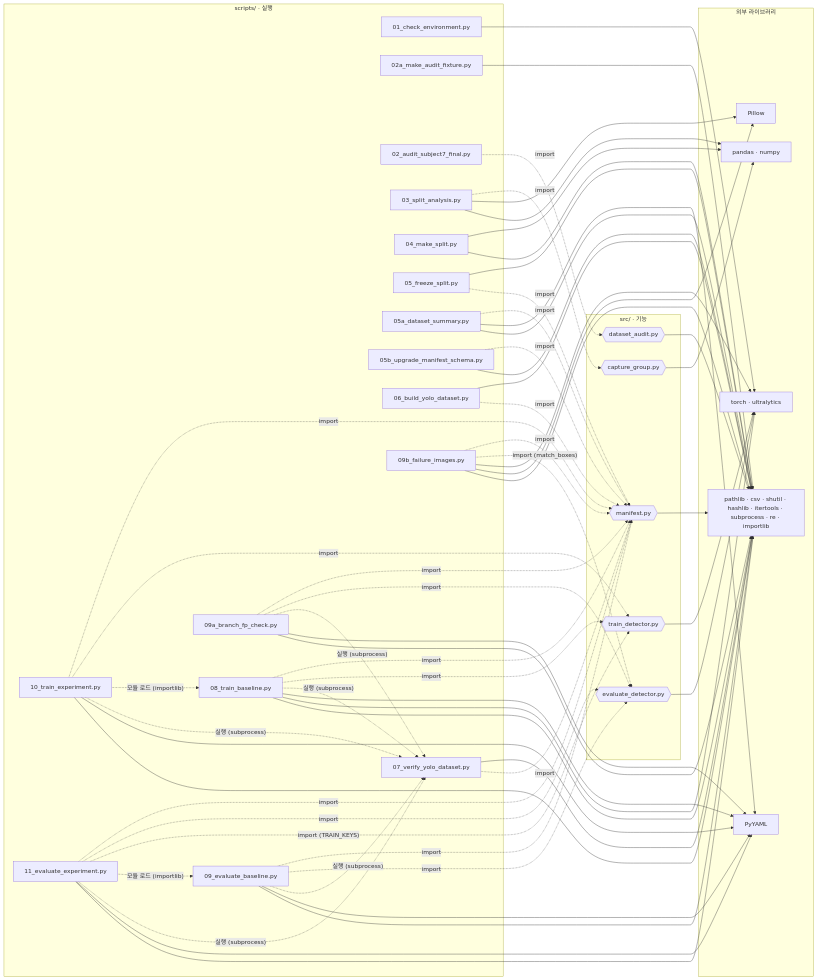
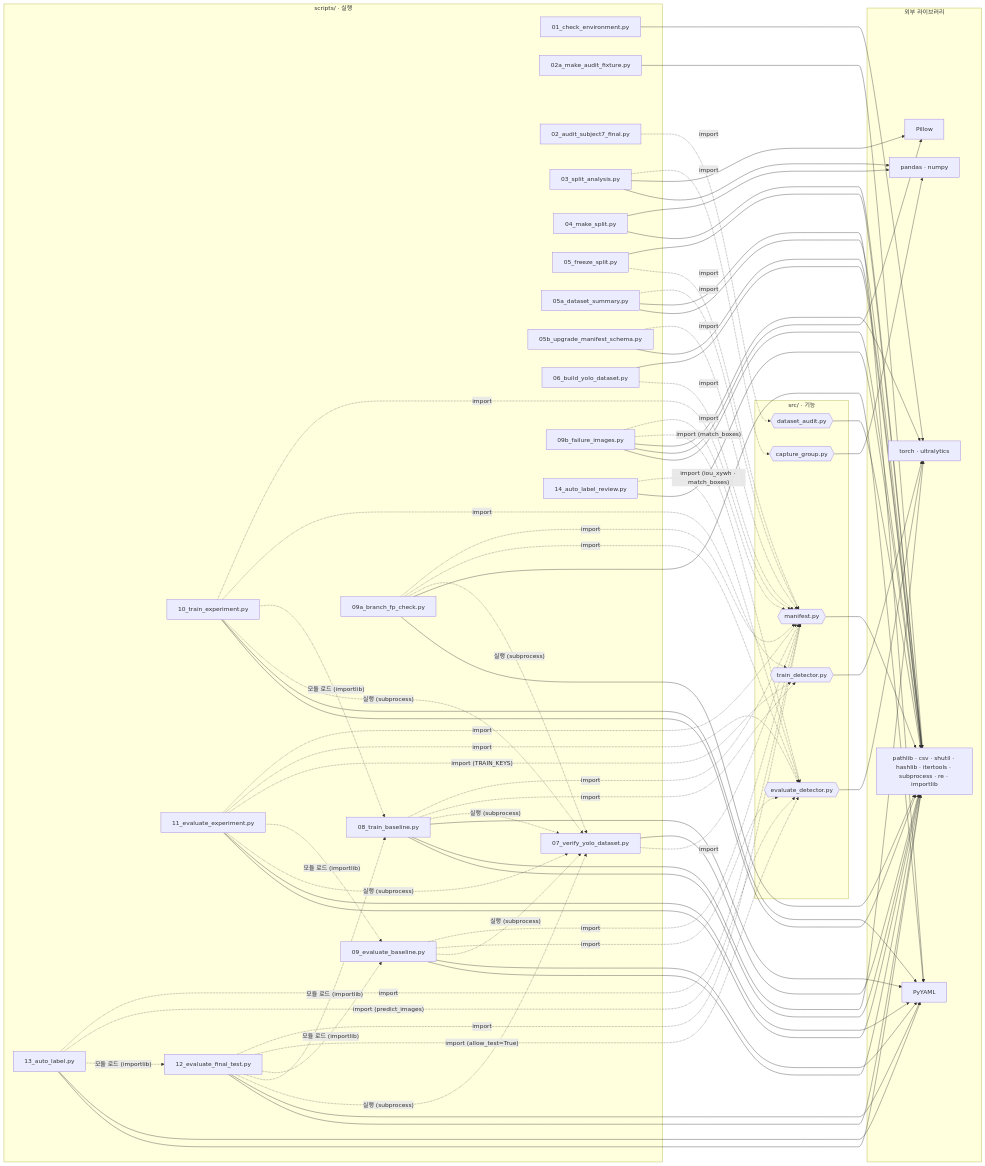
Before and after one commit to howolcat/prj2026.10: the second of 2 diagrams in prj08/docs/code_flow.md, drawn with Mermaid. The commit also changed other lines of this file and 8 other files, not shown here.

````diff
--- a/prj08/docs/code_flow.md
+++ b/prj08/docs/code_flow.md
@@ -323,6 +371,9 @@
         S09B["09b_failure_images.py"]
         S10["10_train_experiment.py"]
         S11["11_evaluate_experiment.py"]
+        S12["12_evaluate_final_test.py"]
+        S13["13_auto_label.py"]
+        S14["14_auto_label_review.py"]
     end
     subgraph LIB["외부 라이브러리"]
         T["torch · ultralytics"]
@@ -366,11 +417,20 @@
     S11 -.->|"import (TRAIN_KEYS)"| TD
     S10 -.->|"모듈 로드 (importlib)"| S08
     S11 -.->|"모듈 로드 (importlib)"| S09
+    S12 -.->|import| MF
+    S12 -.->|"import (allow_test=True)"| ED
+    S12 -.->|"모듈 로드 (importlib)"| S09
+    S12 -.->|"모듈 로드 (importlib)"| S08
+    S13 -.->|import| MF
+    S13 -.->|"import (predict_images)"| ED
+    S13 -.->|"모듈 로드 (importlib)"| S12
+    S14 -.->|"import (iou_xywh · match_boxes)"| ED
     S08 -.->|"실행 (subprocess)"| S07
     S09 -.->|"실행 (subprocess)"| S07
     S09A -.->|"실행 (subprocess)"| S07
     S10 -.->|"실행 (subprocess)"| S07
     S11 -.->|"실행 (subprocess)"| S07
+    S12 -.->|"실행 (subprocess)"| S07
     MF --> STD
     S05A --> YML
     S08 --> YML
@@ -378,6 +438,8 @@
     S09A --> YML
     S10 --> YML
     S11 --> YML
+    S12 --> YML
+    S13 --> YML
     S08 --> T
     S09B --> T
     S09B --> PIL
@@ -391,4 +453,7 @@
     S09B --> STD
     S10 --> STD
     S11 --> STD
+    S12 --> STD
+    S13 --> STD
+    S14 --> STD
 ```
````
